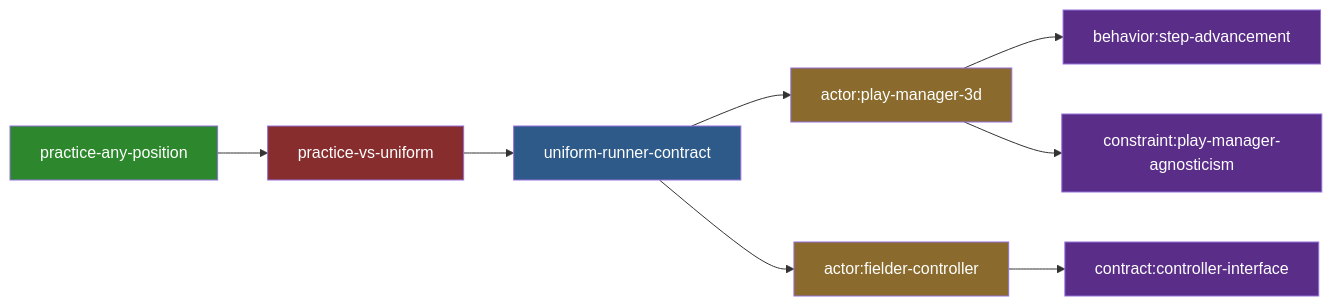
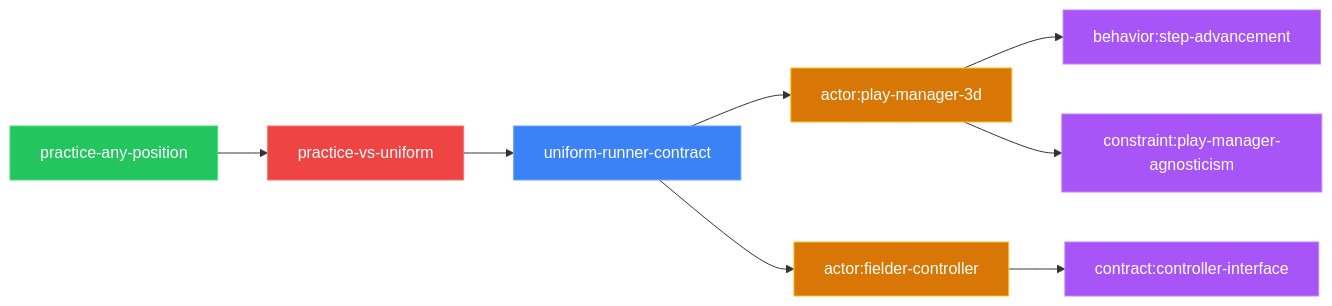
One commit to smileynet/archwright changed the fourth of 4 diagrams in skills/archwright-diagram/SKILL.md. Above: the diagram before and after it, drawn with Mermaid. The commit also changed other lines of this file, not shown here.

First line of the commit message:
fix(diagram): dark-mode-first color palette

````diff
--- a/skills/archwright-diagram/SKILL.md
+++ b/skills/archwright-diagram/SKILL.md
@@ -137,22 +137,22 @@
 ```mermaid
 graph LR
     D[practice-any-position] --> T[practice-vs-uniform]
     T --> P[uniform-runner-contract]
     P --> M1[actor:play-manager-3d]
     P --> M2[actor:fielder-controller]
     M1 --> S1[behavior:step-advancement]
     M1 --> S2[constraint:play-manager-agnosticism]
     M2 --> S3[contract:controller-interface]
 
-    classDef desire fill:#2d882d,color:#fff
-    classDef tension fill:#882d2d,color:#fff
-    classDef pattern fill:#2d5a88,color:#fff
-    classDef model fill:#8a6b2d,color:#fff
-    classDef spec fill:#5a2d88,color:#fff
+    classDef desire fill:#22c55e,stroke:#4ade80,color:#fff
+    classDef tension fill:#ef4444,stroke:#f87171,color:#fff
+    classDef pattern fill:#3b82f6,stroke:#60a5fa,color:#fff
+    classDef model fill:#d97706,stroke:#fbbf24,color:#fff
+    classDef spec fill:#a855f7,stroke:#c084fc,color:#fff
 
     class D desire
     class T tension
     class P pattern
     class M1,M2 model
     class S1,S2,S3 spec
 ```
````
